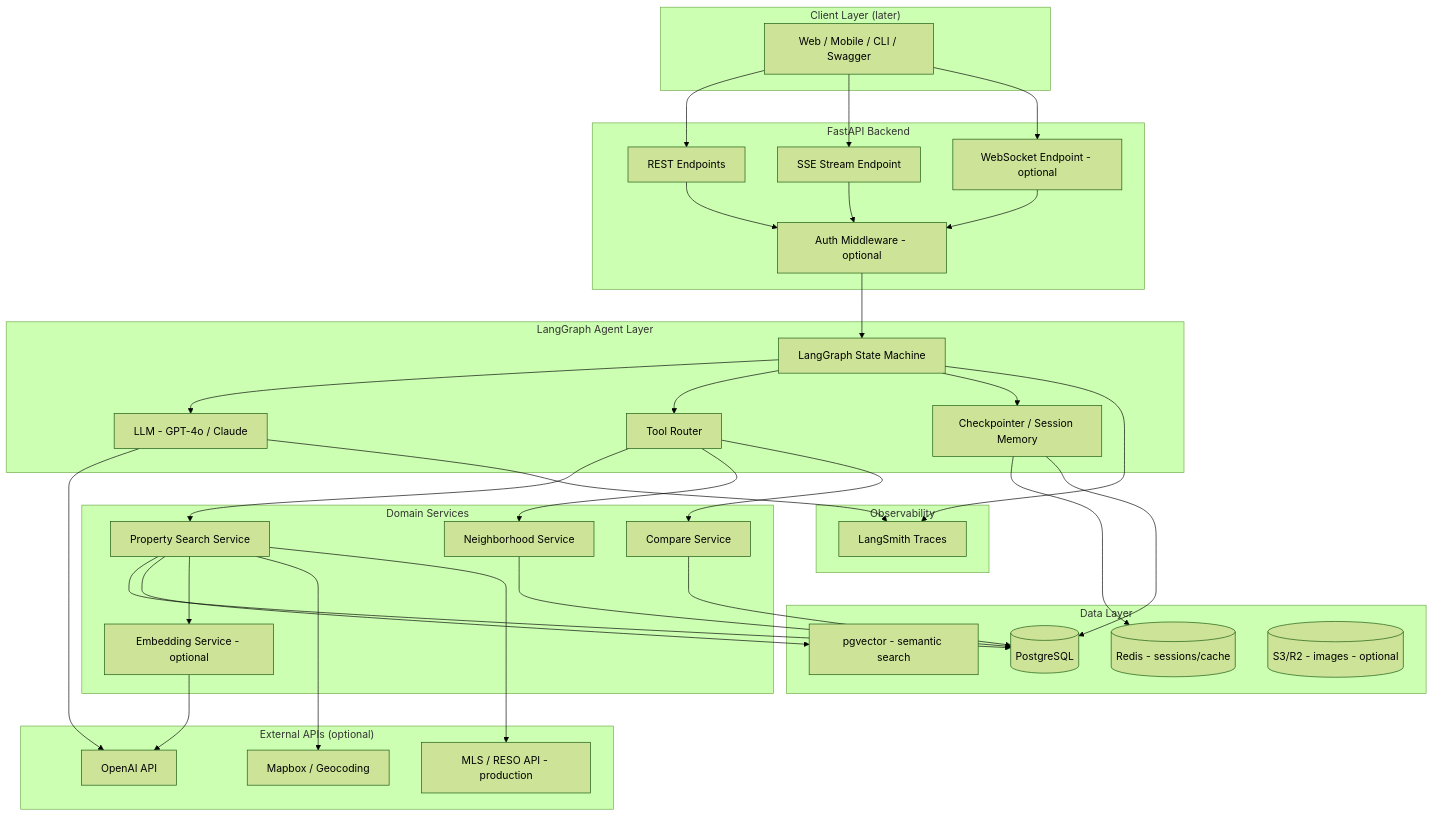
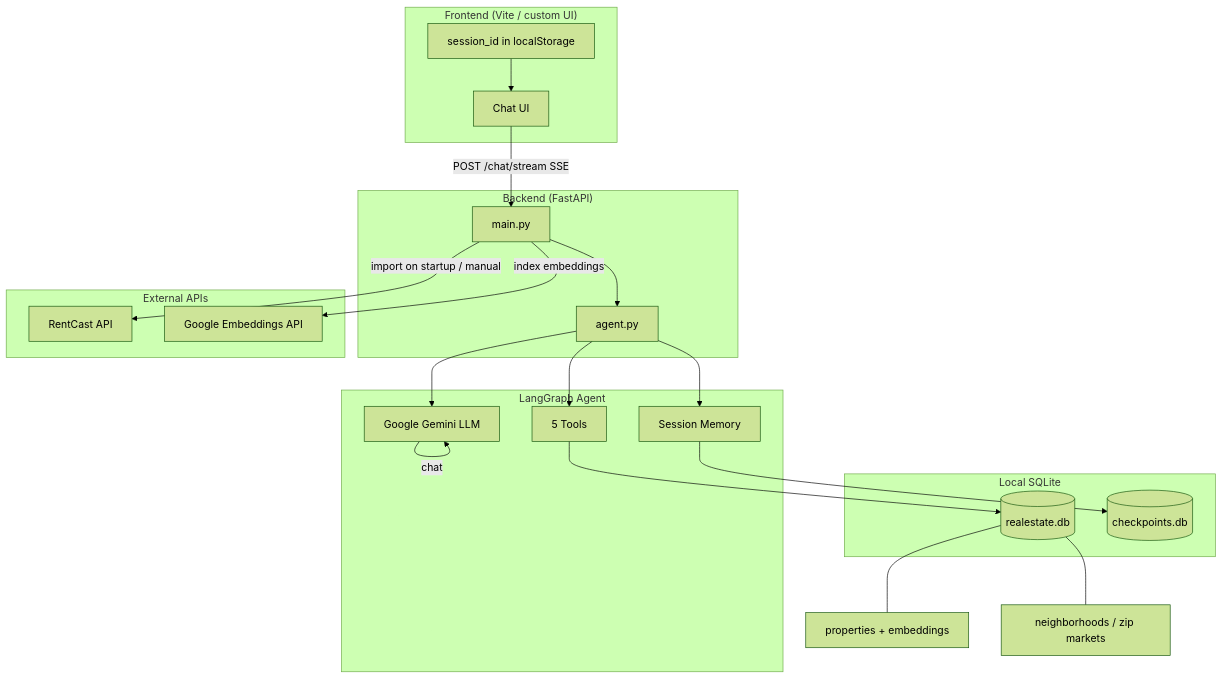
Before and after one commit to RushiIITKGP/realestate_agent: the first of 8 diagrams in PROCESS_DIAGRAMS.md, drawn with Mermaid (forest theme). The commit also changed other lines of this file, not shown here.

Commit message:
Update PROCESS_DIAGRAMS.md for current flat architecture

````diff
--- a/PROCESS_DIAGRAMS.md
+++ b/PROCESS_DIAGRAMS.md
@@ -11,78 +9,46 @@
 ```mermaid
 flowchart TB
-    subgraph Client["Client Layer (later)"]
-        UI[Web / Mobile / CLI / Swagger]
+    subgraph Frontend["Frontend (Vite / custom UI)"]
+        ChatUI[Chat UI]
+        Session[session_id in localStorage]
     end
 
-    subgraph API["FastAPI Backend"]
-        REST[REST Endpoints]
-        SSE[SSE Stream Endpoint]
-        WS[WebSocket Endpoint - optional]
-        Auth[Auth Middleware - optional]
+    subgraph Backend["Backend (FastAPI)"]
+        Main[main.py]
+        Agent[agent.py]
     end
 
-    subgraph Agent["LangGraph Agent Layer"]
-        Graph[LangGraph State Machine]
-        LLM[LLM - GPT-4o / Claude]
-        Tools[Tool Router]
-        Memory[Checkpointer / Session Memory]
+    subgraph AgentLayer["LangGraph Agent"]
+        Gemini[Google Gemini LLM]
+        Tools[5 Tools]
+        Checkpoint[Session Memory]
     end
 
-    subgraph Services["Domain Services"]
-        SearchSvc[Property Search Service]
-        NeighborhoodSvc[Neighborhood Service]
-        CompareSvc[Compare Service]
-        EmbedSvc[Embedding Service - optional]
+    subgraph Data["Local SQLite"]
+        RE[(realestate.db)]
+        CP[(checkpoints.db)]
     end
 
-    subgraph Data["Data Layer"]
-        PG[(PostgreSQL)]
-        PGV[pgvector - semantic search]
-        Redis[(Redis - sessions/cache)]
-        S3[(S3/R2 - images - optional)]
+    subgraph External["External APIs"]
+        RC[RentCast API]
+        GE[Google Embeddings API]
     end
 
-    subgraph External["External APIs (optional)"]
-        OpenAI[OpenAI API]
-        Maps[Mapbox / Geocoding]
-        MLS[MLS / RESO API - production]
-    end
+    ChatUI -->|POST /chat/stream SSE| Main
+    Session --> ChatUI
 
-    subgraph Observability["Observability"]
-        LangSmith[LangSmith Traces]
-    end
+    Main --> Agent
+    Agent --> Gemini
+    Agent --> Tools
+    Agent --> Checkpoint
 
-    UI --> REST
-    UI --> SSE
-    UI --> WS
+    Tools --> RE
+    Checkpoint --> CP
 
-    REST --> Auth
-    SSE --> Auth
-    WS --> Auth
+    Main -->|import on startup / manual| RC
+    Main -->|index embeddings| GE
+    Gemini -->|chat| Gemini
 
-    Auth --> Graph
-    Graph --> LLM
-    Graph --> Tools
-    Graph --> Memory
-
-    Tools --> SearchSvc
-    Tools --> NeighborhoodSvc
-    Tools --> CompareSvc
-
-    SearchSvc --> PG
-    SearchSvc --> PGV
-    SearchSvc --> EmbedSvc
-    NeighborhoodSvc --> PG
-    CompareSvc --> PG
-
-    Memory --> Redis
-    Memory --> PG
-
-    LLM --> OpenAI
-    EmbedSvc --> OpenAI
-    SearchSvc --> Maps
-    SearchSvc --> MLS
-
-    Graph --> LangSmith
-    LLM --> LangSmith
+    RE --- Props[properties + embeddings]
+    RE --- Hoods[neighborhoods / zip markets]
 ```
````
